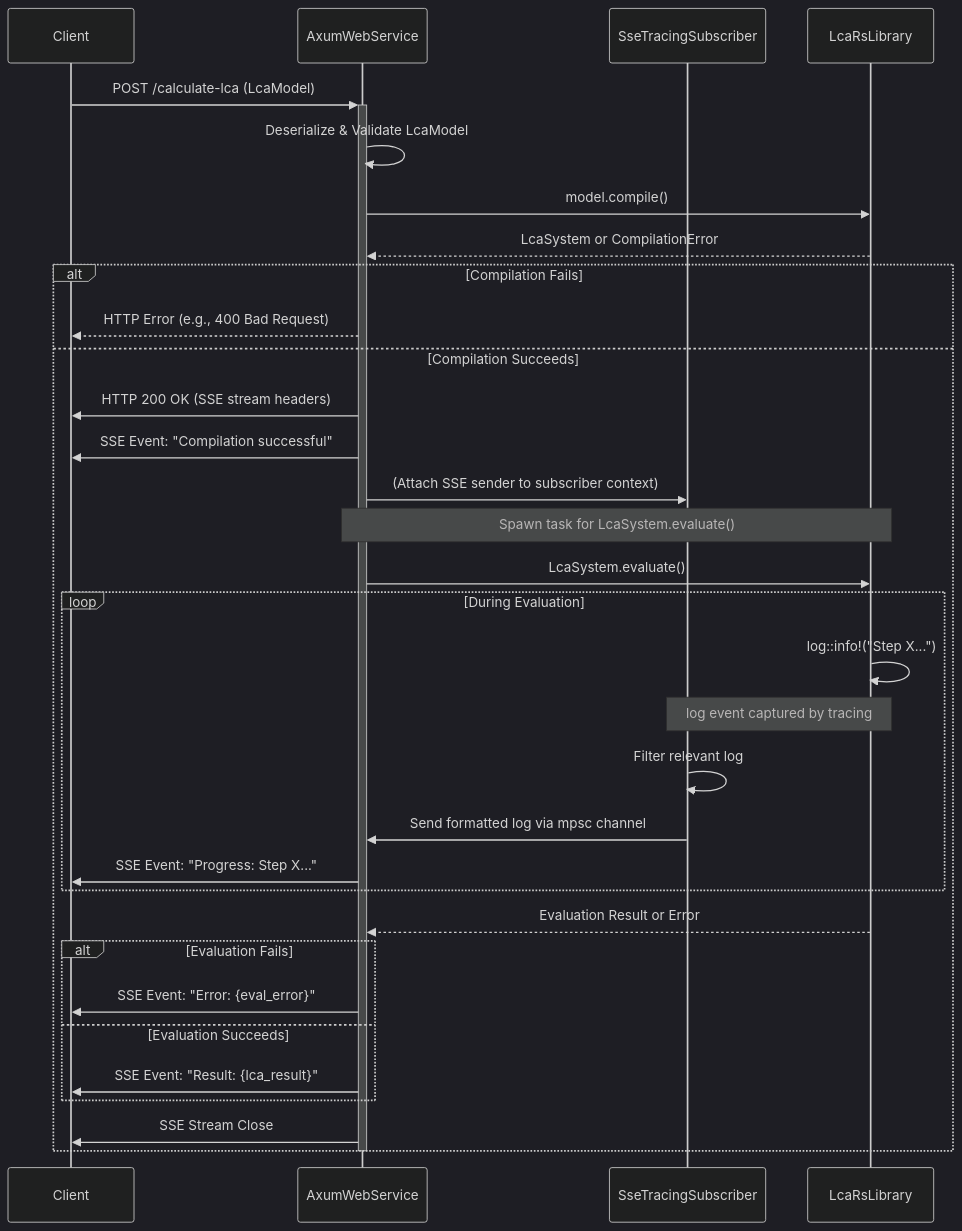
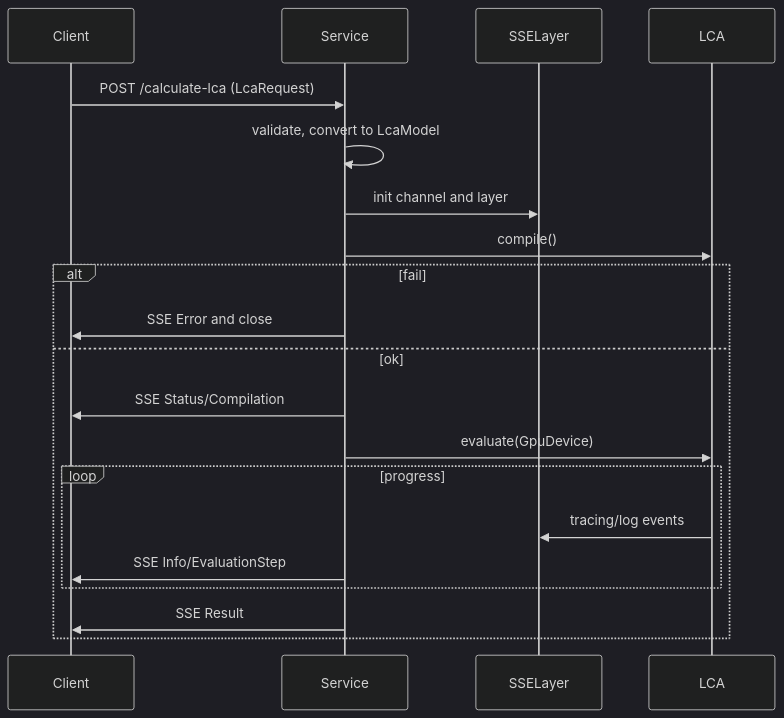
The diagram in lca-webservice/README.md (zojeda/lca-rs-workspace), drawn with Mermaid (dark theme) before and after one commit. The commit also changed other lines of this file and 8 other files, not shown here.

````diff
--- a/lca-webservice/README.md
+++ b/lca-webservice/README.md
@@ -3,36 +44,23 @@
 ```mermaid
 sequenceDiagram
     participant Client
-    participant AxumWebService
-    participant SseTracingSubscriber
-    participant LcaRsLibrary
+    participant Service
+    participant SSELayer
+    participant LCA
 
-    Client->>+AxumWebService: POST /calculate-lca (LcaModel)
-    AxumWebService->>AxumWebService: Deserialize & Validate LcaModel
-    AxumWebService->>LcaRsLibrary: model.compile()
-    LcaRsLibrary-->>AxumWebService: LcaSystem or CompilationError
-    alt Compilation Fails
-        AxumWebService-->>Client: HTTP Error (e.g., 400 Bad Request)
-    else Compilation Succeeds
-        AxumWebService->>Client: HTTP 200 OK (SSE stream headers)
-        AxumWebService->>Client: SSE Event: "Compilation successful"
-        AxumWebService->>SseTracingSubscriber: (Attach SSE sender to subscriber context)
-        Note over AxumWebService, LcaRsLibrary: Spawn task for LcaSystem.evaluate()
-        AxumWebService->>LcaRsLibrary: LcaSystem.evaluate()
-        loop During Evaluation
-            LcaRsLibrary->>LcaRsLibrary: log::info!("Step X...")
-            Note over SseTracingSubscriber, LcaRsLibrary: log event captured by tracing
-            SseTracingSubscriber->>SseTracingSubscriber: Filter relevant log
-            SseTracingSubscriber->>AxumWebService: Send formatted log via mpsc channel
-            AxumWebService->>Client: SSE Event: "Progress: Step X..."
+    Client->>Service: POST /calculate-lca (LcaRequest)
+    Service->>Service: validate, convert to LcaModel
+    Service->>SSELayer: init channel and layer
+    Service->>LCA: compile()
+    alt fail
+        Service->>Client: SSE Error and close
+    else ok
+        Service->>Client: SSE Status/Compilation
+        Service->>LCA: evaluate(GpuDevice)
+        loop progress
+            LCA->>SSELayer: tracing/log events
+            Service->>Client: SSE Info/EvaluationStep
         end
-        LcaRsLibrary-->>AxumWebService: Evaluation Result or Error
-        alt Evaluation Fails
-             AxumWebService->>Client: SSE Event: "Error: {eval_error}"
-        else Evaluation Succeeds
-             AxumWebService->>Client: SSE Event: "Result: {lca_result}"
-        end
-        AxumWebService->>Client: SSE Stream Close
+        Service->>Client: SSE Result
     end
-    deactivate AxumWebService
 ```
````
